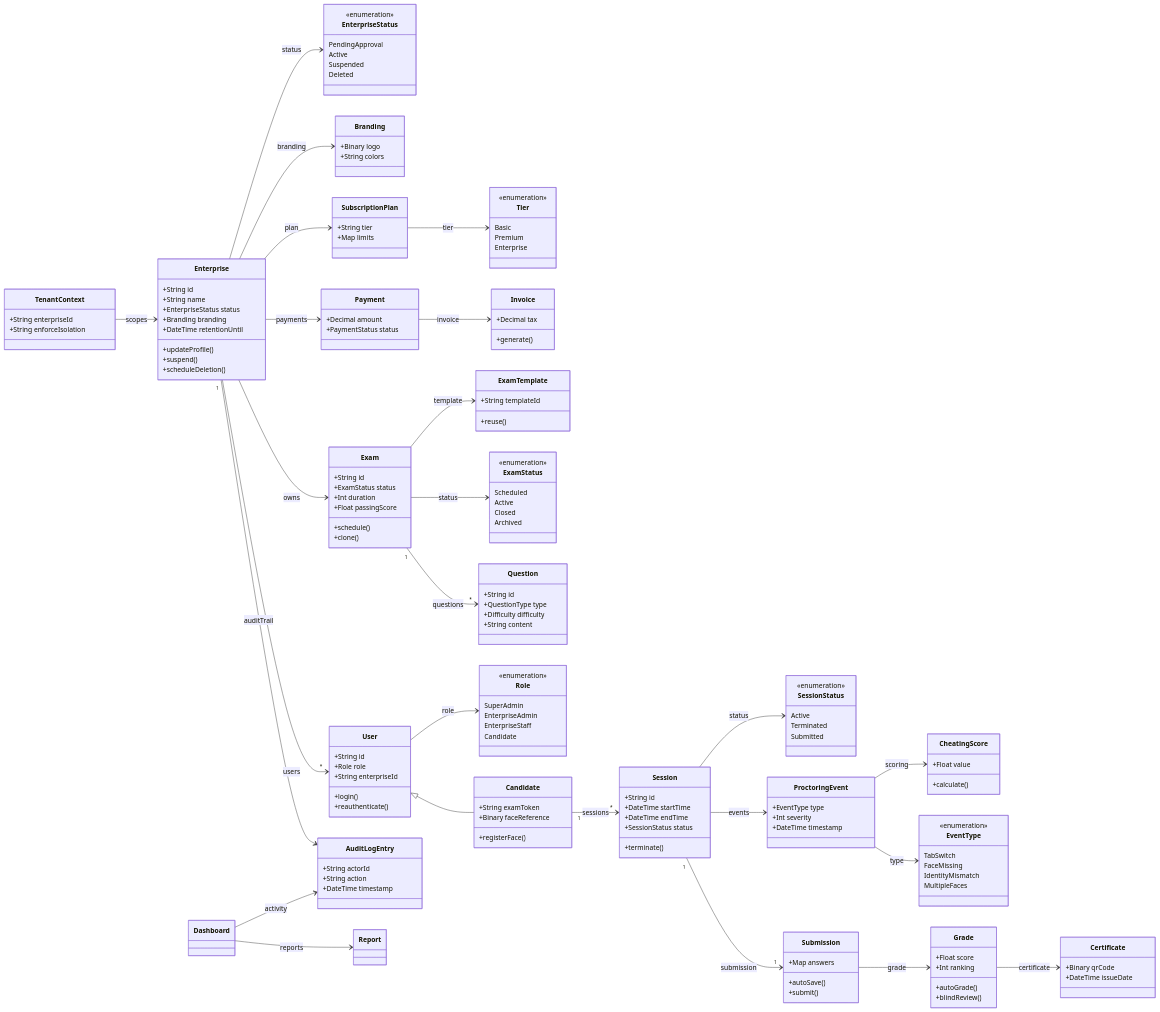
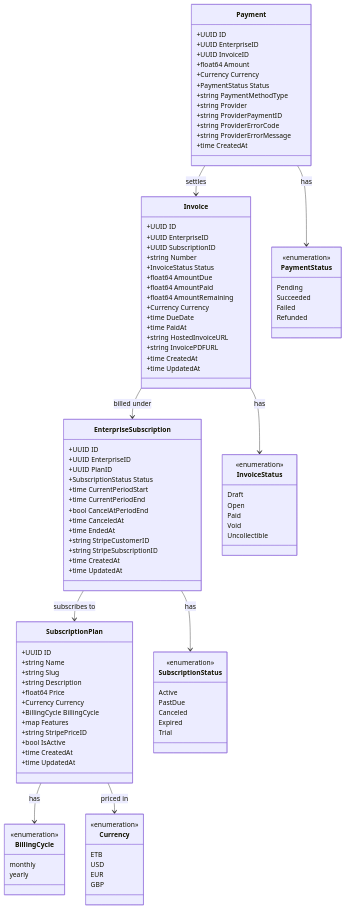
One commit to tamirat-dejene/veritas changed the fifth of 6 diagrams in docs/class_diagram.md. Above: the diagram before and after it, drawn with Mermaid. The commit also changed other lines of this file, not shown here.

Commit message:
feat: Update class diagram to provide detailed, service-specific views for Auth, Enterprise, and Exam microservices.

````diff
--- a/docs/class_diagram.md
+++ b/docs/class_diagram.md
@@ -3,208 +598,117 @@
 ```mermaid
 classDiagram
-	direction LR
+    direction TB
 
-	class TenantContext {
-		+String enterpriseId
-		+String enforceIsolation
-	}
+    class SubscriptionPlan {
+        +UUID ID
+        +string Name
+        +string Slug
+        +string Description
+        +float64 Price
+        +Currency Currency
+        +BillingCycle BillingCycle
+        +map Features
+        +string StripePriceID
+        +bool IsActive
+        +time CreatedAt
+        +time UpdatedAt
+    }
 
-	class EnterpriseStatus {
-		<<enumeration>>
-		PendingApproval
-		Active
-		Suspended
-		Deleted
-	}
+    class EnterpriseSubscription {
+        +UUID ID
+        +UUID EnterpriseID
+        +UUID PlanID
+        +SubscriptionStatus Status
+        +time CurrentPeriodStart
+        +time CurrentPeriodEnd
+        +bool CancelAtPeriodEnd
+        +time CanceledAt
+        +time EndedAt
+        +string StripeCustomerID
+        +string StripeSubscriptionID
+        +time CreatedAt
+        +time UpdatedAt
+    }
 
-	class Branding {
-		+Binary logo
-		+String colors
-	}
+    class Invoice {
+        +UUID ID
+        +UUID EnterpriseID
+        +UUID SubscriptionID
+        +string Number
+        +InvoiceStatus Status
+        +float64 AmountDue
+        +float64 AmountPaid
+        +float64 AmountRemaining
+        +Currency Currency
+        +time DueDate
+        +time PaidAt
+        +string HostedInvoiceURL
+        +string InvoicePDFURL
+        +time CreatedAt
+        +time UpdatedAt
+    }
 
-	class Enterprise {
-		+String id
-		+String name
-		+EnterpriseStatus status
-		+Branding branding
-		+DateTime retentionUntil
-		+updateProfile()
-		+suspend()
-		+scheduleDeletion()
-	}
+    class Payment {
+        +UUID ID
+        +UUID EnterpriseID
+        +UUID InvoiceID
+        +float64 Amount
+        +Currency Currency
+        +PaymentStatus Status
+        +string PaymentMethodType
+        +string Provider
+        +string ProviderPaymentID
+        +string ProviderErrorCode
+        +string ProviderErrorMessage
+        +time CreatedAt
+    }
 
-	class SubscriptionPlan {
-		+String tier
-		+Map limits
-	}
+    class BillingCycle {
+        <<enumeration>>
+        monthly
+        yearly
+    }
 
-	class Tier {
-		<<enumeration>>
-		Basic
-		Premium
-		Enterprise
-	}
+    class Currency {
+        <<enumeration>>
+        ETB
+        USD
+        EUR
+        GBP
+    }
 
-	class Payment {
-		+Decimal amount
-		+PaymentStatus status
-	}
+    class SubscriptionStatus {
+        <<enumeration>>
+        Active
+        PastDue
+        Canceled
+        Expired
+        Trial
+    }
 
-	class Invoice {
-		+Decimal tax
-		+generate()
-	}
+    class InvoiceStatus {
+        <<enumeration>>
+        Draft
+        Open
+        Paid
+        Void
+        Uncollectible
+    }
 
-	class Exam {
-		+String id
-		+ExamStatus status
-		+Int duration
-		+Float passingScore
-		+schedule()
-		+clone()
-	}
+    class PaymentStatus {
+        <<enumeration>>
+        Pending
+        Succeeded
+        Failed
+        Refunded
+    }
 
-	class ExamTemplate {
-		+String templateId
-		+reuse()
-	}
-
-	class ExamStatus {
-		<<enumeration>>
-		Scheduled
-		Active
-		Closed
-		Archived
-	}
-
-	class Question {
-		+String id
-		+QuestionType type
-		+Difficulty difficulty
-		+String content
-	}
-
-	class User {
-		+String id
-		+Role role
-		+String enterpriseId
-		+login()
-		+reauthenticate()
-	}
-
-	class Role {
-		<<enumeration>>
-		SuperAdmin
-		EnterpriseAdmin
-		EnterpriseStaff
-		Candidate
-	}
-
-	class Candidate {
-		+String examToken
-		+Binary faceReference
-		+registerFace()
-	}
-
-	class AuditLogEntry {
-		+String actorId
-		+String action
-		+DateTime timestamp
-	}
-
-	class Dashboard
-	class Report
-
-	class Session {
-		+String id
-		+DateTime startTime
-		+DateTime endTime
-		+SessionStatus status
-		+terminate()
-	}
-
-	class SessionStatus {
-		<<enumeration>>
-		Active
-		Terminated
-		Submitted
-	}
-
-	class Submission {
-		+Map answers
-		+autoSave()
-		+submit()
-	}
-
-	class ProctoringEvent {
-		+EventType type
-		+Int severity
-		+DateTime timestamp
-	}
-
-	class CheatingScore {
-		+Float value
-		+calculate()
-	}
-
-	class EventType {
-		<<enumeration>>
-		TabSwitch
-		FaceMissing
-		IdentityMismatch
-		MultipleFaces
-	}
-
-	class Grade {
-		+Float score
-		+Int ranking
-		+autoGrade()
-		+blindReview()
-	}
-
-	class Certificate {
-		+Binary qrCode
-		+DateTime issueDate
-	}
-
-	%% Tenant & Enterprise Management
-	TenantContext --> Enterprise : scopes
-	Enterprise --> EnterpriseStatus : status
-	Enterprise --> Branding : branding
-
-	%% Billing & Subscription
-	Enterprise --> SubscriptionPlan : plan
-	SubscriptionPlan --> Tier : tier
-	Enterprise --> Payment : payments
-	Payment --> Invoice : invoice
-
-	%% Exam Management
-	Enterprise --> Exam : owns
-	Exam --> ExamStatus : status
-	Exam --> ExamTemplate : template
-	Exam "1" --> "*" Question : questions
-
-	%% Authentication & Users
-	Enterprise "1" --> "*" User : users
-	User --> Role : role
-	User <|-- Candidate
-
-	%% Dashboard & Reporting
-	Enterprise --> AuditLogEntry : auditTrail
-	Dashboard --> AuditLogEntry : activity
-	Dashboard --> Report : reports
-
-	%% Candidate Session
-	Candidate "1" --> "*" Session : sessions
-	Session --> SessionStatus : status
-	Session "1" --> "1" Submission : submission
-
-	%% AI Proctoring
-	Session --> ProctoringEvent : events
-	ProctoringEvent --> EventType : type
-	ProctoringEvent --> CheatingScore : scoring
-
-	%% Grading & Certification
-	Submission --> Grade : grade
-	Grade --> Certificate : certificate
+    EnterpriseSubscription --> SubscriptionPlan : subscribes to
+    EnterpriseSubscription --> SubscriptionStatus : has
+    Invoice --> EnterpriseSubscription : billed under
+    Invoice --> InvoiceStatus : has
+    Payment --> Invoice : settles
+    Payment --> PaymentStatus : has
+    SubscriptionPlan --> BillingCycle : has
+    SubscriptionPlan --> Currency : priced in
 ```
````
